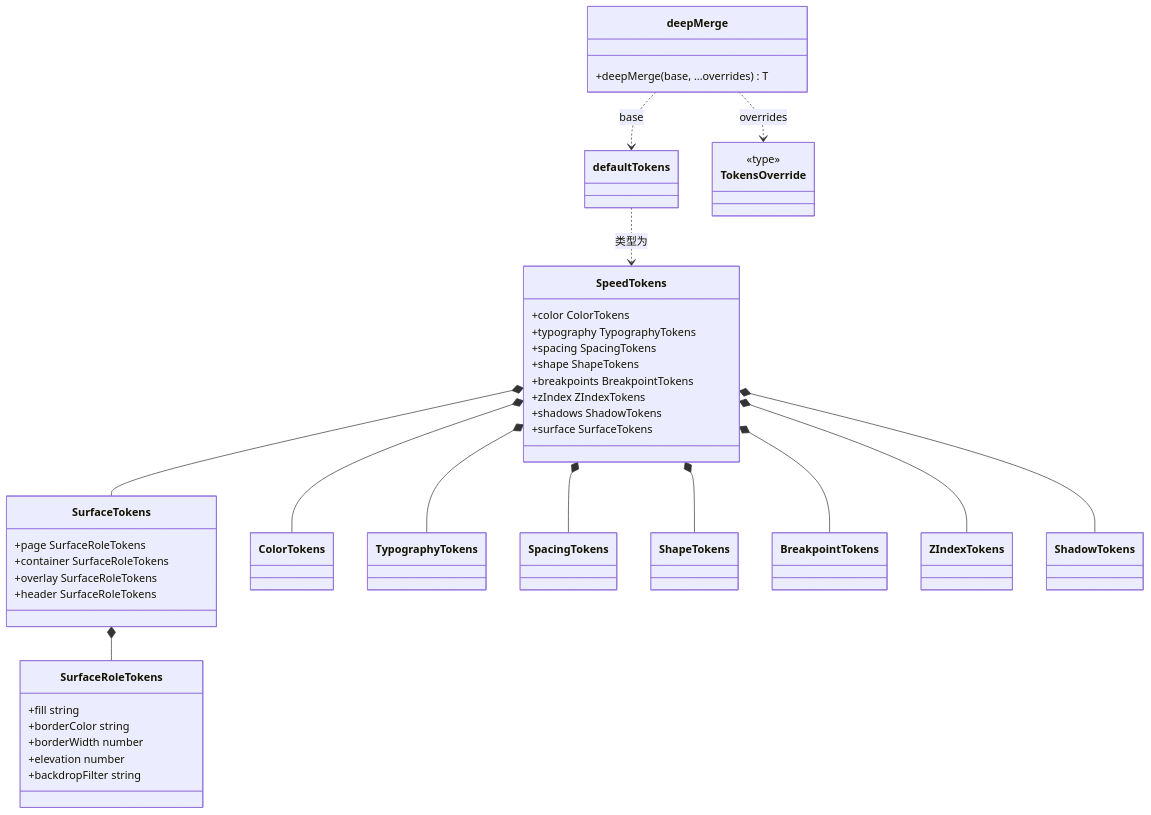
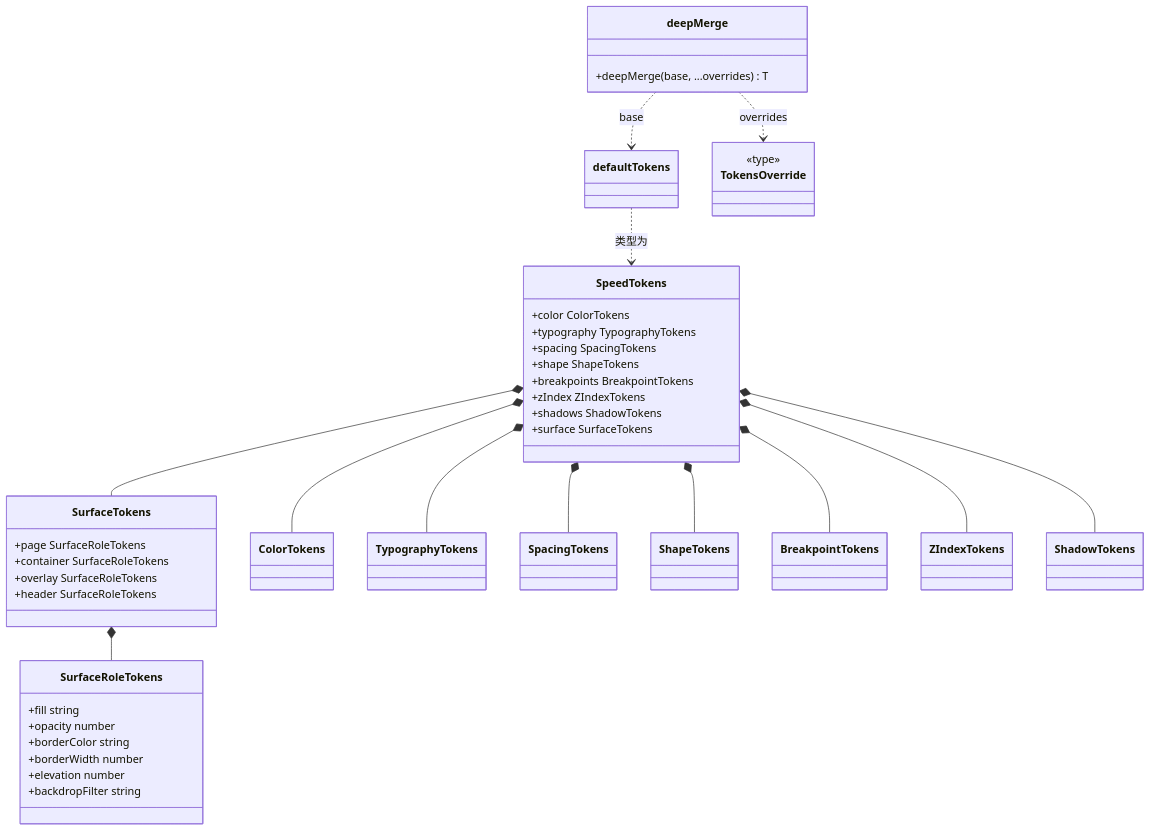
The diagram in docs/design/modules/web/design-web-tokens.md (wangzw/speed), drawn with Mermaid before and after one commit. The commit also changed other lines of this file and 16 other files, not shown here.

````diff
--- a/docs/design/modules/web/design-web-tokens.md
+++ b/docs/design/modules/web/design-web-tokens.md
@@ -65,45 +65,46 @@
 ```mermaid
 classDiagram
     class SpeedTokens {
         +color ColorTokens
         +typography TypographyTokens
         +spacing SpacingTokens
         +shape ShapeTokens
         +breakpoints BreakpointTokens
         +zIndex ZIndexTokens
         +shadows ShadowTokens
         +surface SurfaceTokens
     }
     class SurfaceTokens {
         +page SurfaceRoleTokens
         +container SurfaceRoleTokens
         +overlay SurfaceRoleTokens
         +header SurfaceRoleTokens
     }
     class SurfaceRoleTokens {
         +fill string
+        +opacity number
         +borderColor string
         +borderWidth number
         +elevation number
         +backdropFilter string
     }
     class defaultTokens
     class deepMerge {
         +deepMerge(base, ...overrides) T
     }
     class TokensOverride {
         <<type>>
     }
     SpeedTokens *-- ColorTokens
     SpeedTokens *-- TypographyTokens
     SpeedTokens *-- SpacingTokens
     SpeedTokens *-- ShapeTokens
     SpeedTokens *-- BreakpointTokens
     SpeedTokens *-- ZIndexTokens
     SpeedTokens *-- ShadowTokens
     SpeedTokens *-- SurfaceTokens
     SurfaceTokens *-- SurfaceRoleTokens
     defaultTokens ..> SpeedTokens : 类型为
     deepMerge ..> defaultTokens : base
     deepMerge ..> TokensOverride : overrides
 ```
````
